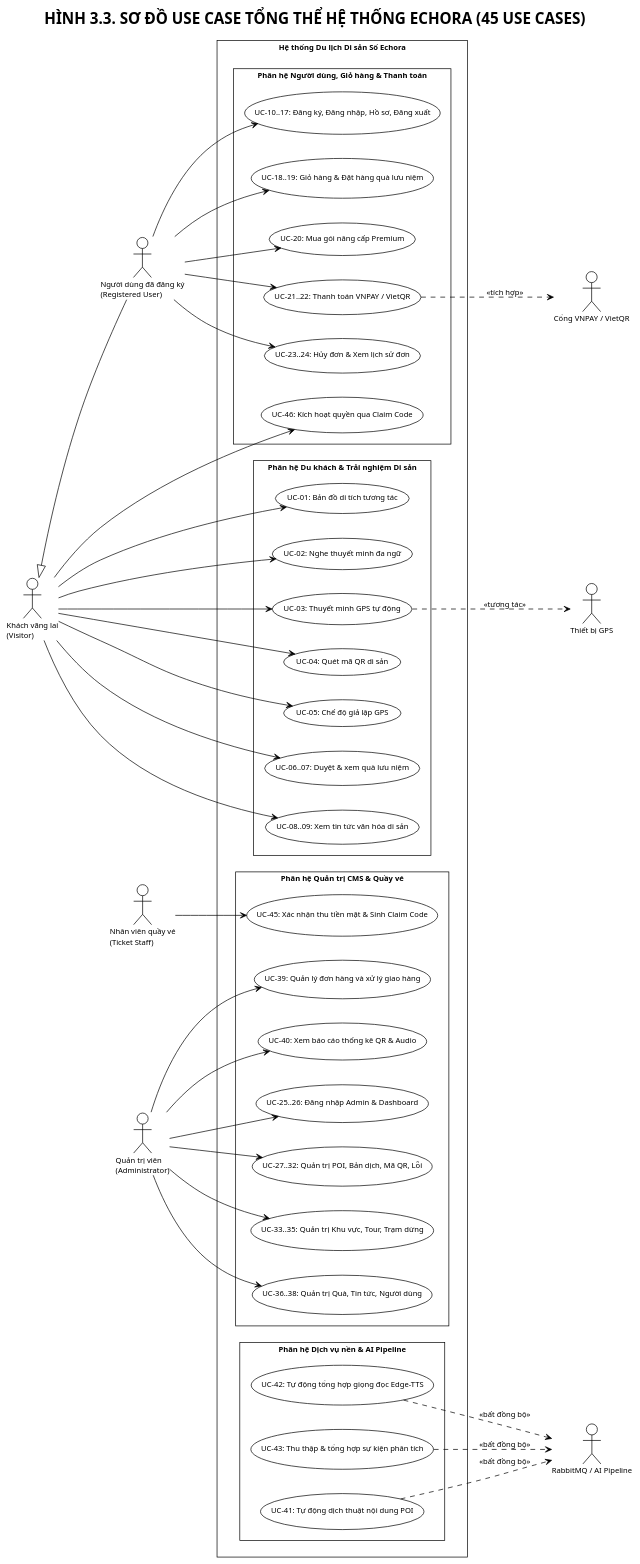
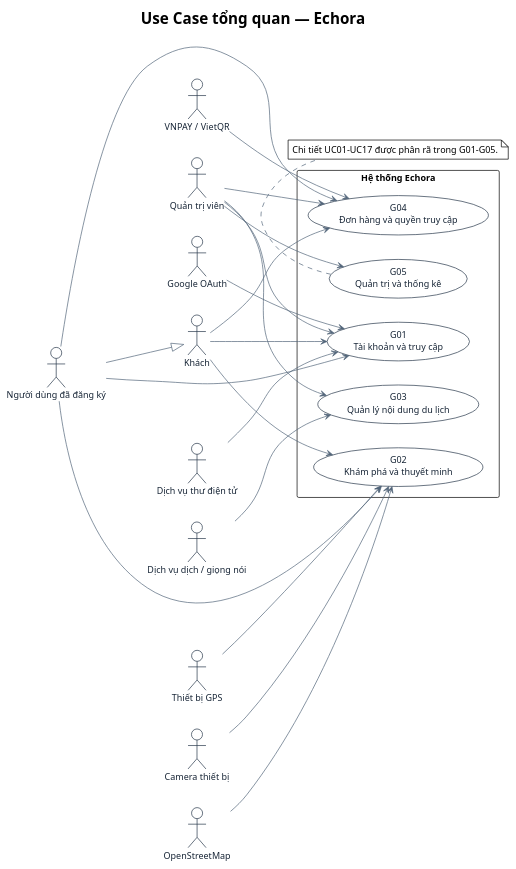
The diagram in docs/diagrams/usecase-overall.puml (congtinh06/Nhom3_CNPM), drawn with PlantUML before and after one commit. The commit also changed 68 other files, not shown here.

```diff
--- a/docs/diagrams/usecase-overall.puml
+++ b/docs/diagrams/usecase-overall.puml
@@ -1,103 +1,58 @@
 @startuml
 !theme plain
-skinparam defaultFontName "Times New Roman"
-skinparam defaultFontSize 11
-skinparam monochrome true
 skinparam shadowing false
-skinparam roundCorner 0
+skinparam backgroundColor white
 skinparam packageStyle rectangle
-skinparam handwritten false
-skinparam ArrowColor #000000
-skinparam ActorBorderColor #000000
-skinparam ComponentBorderColor #000000
-skinparam DatabaseBorderColor #000000
-skinparam InterfaceBorderColor #000000
-skinparam ParticipantBorderColor #000000
-skinparam SequenceLifeLineBorderColor #000000
-skinparam UsecaseBorderColor #000000
-skinparam StateBorderColor #000000
-skinparam ClassBorderColor #000000
-
-title HÌNH 3.3. SƠ ĐỒ USE CASE TỔNG THỂ HỆ THỐNG ECHORA (45 USE CASES)
-
+skinparam usecase {
+  BackgroundColor white
+  BorderColor #26374A
+  FontColor #172536
+}
+skinparam actor {
+  BorderColor #26374A
+  FontColor #172536
+}
+skinparam ArrowColor #52657A
+skinparam defaultFontName "Arial"
+skinparam defaultFontSize 13
 left to right direction
 
-actor "Khách vãng lai\n(Visitor)" as Visitor
-actor "Người dùng đã đăng ký\n(Registered User)" as RegUser
-actor "Nhân viên quầy vé\n(Ticket Staff)" as TicketStaff
-actor "Quản trị viên\n(Administrator)" as Admin
+title Use Case tổng quan — Echora
+actor "Khách" as Guest
+actor "Người dùng đã đăng ký" as Member
+actor "Quản trị viên" as Admin
+actor "Dịch vụ thư điện tử" as Mail
+actor "Google OAuth" as Google
+actor "Thiết bị GPS" as GPS
+actor "Camera thiết bị" as Camera
+actor "OpenStreetMap" as OSM
+actor "Dịch vụ dịch / giọng nói" as AI
+actor "VNPAY / VietQR" as Pay
+Member --|> Guest
 
-actor "Thiết bị GPS" as GPS
-actor "Cổng VNPAY / VietQR" as PaymentExt
-actor "RabbitMQ / AI Pipeline" as AIPipeline
-
-RegUser -up-|> Visitor
-
-rectangle "Hệ thống Du lịch Di sản Số Echora" {
-  package "Phân hệ Du khách & Trải nghiệm Di sản" {
-    usecase "UC-01: Bản đồ di tích tương tác" as UC01
-    usecase "UC-02: Nghe thuyết minh đa ngữ" as UC02
-    usecase "UC-03: Thuyết minh GPS tự động" as UC03
-    usecase "UC-04: Quét mã QR di sản" as UC04
-    usecase "UC-05: Chế độ giả lập GPS" as UC05
-    usecase "UC-06..07: Duyệt & xem quà lưu niệm" as UC06_07
-    usecase "UC-08..09: Xem tin tức văn hóa di sản" as UC08_09
-  }
-
-  package "Phân hệ Người dùng, Giỏ hàng & Thanh toán" {
-    usecase "UC-10..17: Đăng ký, Đăng nhập, Hồ sơ, Đăng xuất" as UC10_17
-    usecase "UC-18..19: Giỏ hàng & Đặt hàng quà lưu niệm" as UC18_19
-    usecase "UC-20: Mua gói nâng cấp Premium" as UC20
-    usecase "UC-21..22: Thanh toán VNPAY / VietQR" as UC21_22
-    usecase "UC-23..24: Hủy đơn & Xem lịch sử đơn" as UC23_24
-    usecase "UC-46: Kích hoạt quyền qua Claim Code" as UC46
-  }
-
-  package "Phân hệ Quản trị CMS & Quầy vé" {
-    usecase "UC-25..26: Đăng nhập Admin & Dashboard" as UC25_26
-    usecase "UC-27..32: Quản trị POI, Bản dịch, Mã QR, Lỗi" as UC27_32
-    usecase "UC-33..35: Quản trị Khu vực, Tour, Trạm dừng" as UC33_35
-    usecase "UC-36..38: Quản trị Quà, Tin tức, Người dùng" as UC36_38
-    usecase "UC-39: Quản lý đơn hàng và xử lý giao hàng" as UC39
-    usecase "UC-40: Xem báo cáo thống kê QR & Audio" as UC40
-    usecase "UC-45: Xác nhận thu tiền mặt & Sinh Claim Code" as UC45
-  }
-
-  package "Phân hệ Dịch vụ nền & AI Pipeline" {
-    usecase "UC-41: Tự động dịch thuật nội dung POI" as UC41
-    usecase "UC-42: Tự động tổng hợp giọng đọc Edge-TTS" as UC42
-    usecase "UC-43: Thu thập & tổng hợp sự kiện phân tích" as UC43
-  }
+rectangle "Hệ thống Echora" {
+  usecase "G01\nTài khoản và truy cập" as G01
+  usecase "G02\nKhám phá và thuyết minh" as G02
+  usecase "G03\nQuản lý nội dung du lịch" as G03
+  usecase "G04\nĐơn hàng và quyền truy cập" as G04
+  usecase "G05\nQuản trị và thống kê" as G05
 }
-
-Visitor --> UC01
-Visitor --> UC02
-Visitor --> UC03
-Visitor --> UC04
-Visitor --> UC05
-Visitor --> UC06_07
-Visitor --> UC08_09
-Visitor --> UC46
-
-RegUser --> UC10_17
-RegUser --> UC18_19
-RegUser --> UC20
-RegUser --> UC21_22
-RegUser --> UC23_24
-
-TicketStaff --> UC45
-
-Admin --> UC25_26
-Admin --> UC27_32
-Admin --> UC33_35
-Admin --> UC36_38
-Admin --> UC39
-Admin --> UC40
-
-UC03 ..> GPS : <<tương tác>>
-UC21_22 ..> PaymentExt : <<tích hợp>>
-UC41 ..> AIPipeline : <<bất đồng bộ>>
-UC42 ..> AIPipeline : <<bất đồng bộ>>
-UC43 ..> AIPipeline : <<bất đồng bộ>>
-
+Guest --> G01
+Guest --> G02
+Guest --> G04
+Member --> G01
+Member --> G02
+Member --> G04
+Admin --> G01
+Admin --> G03
+Admin --> G04
+Admin --> G05
+Mail --> G01
+Google --> G01
+GPS --> G02
+Camera --> G02
+OSM --> G02
+AI --> G03
+Pay --> G04
+note bottom of G05: Chi tiết UC01–UC17 được phân rã trong G01–G05.
 @enduml
```
